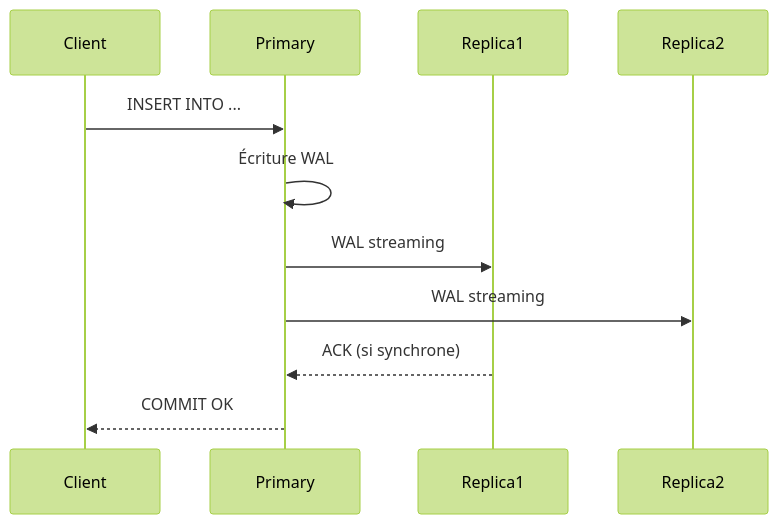
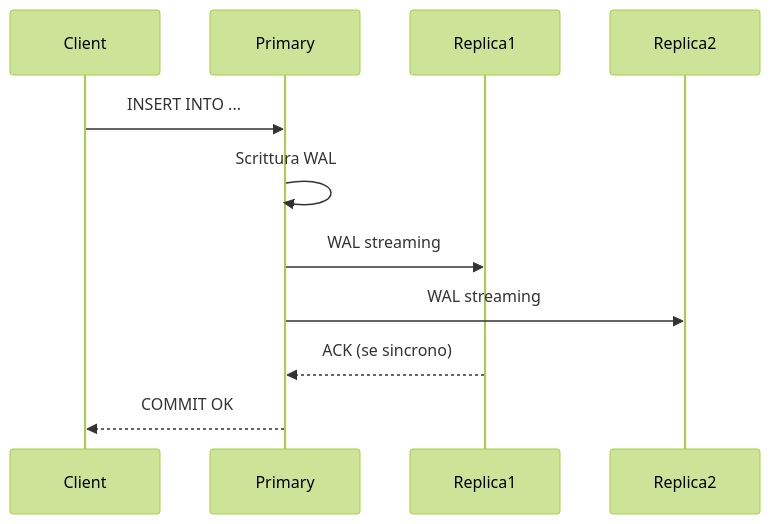
Before and after one commit to HidoraSwiss/hikube-public-doc: the second of 2 diagrams in i18n/it/docusaurus-plugin-content-docs/current/services/databases/postgresql/concepts.md, drawn with Mermaid (forest theme). The commit also changed other lines of this file and 121 other files, not shown here.

````diff
--- a/i18n/it/docusaurus-plugin-content-docs/current/services/databases/postgresql/concepts.md
+++ b/i18n/it/docusaurus-plugin-content-docs/current/services/databases/postgresql/concepts.md
@@ -81,14 +81,14 @@
 ```mermaid
 sequenceDiagram
     participant Client
     participant Primary
     participant Replica1
     participant Replica2
 
     Client->>Primary: INSERT INTO ...
-    Primary->>Primary: Écriture WAL
+    Primary->>Primary: Scrittura WAL
     Primary->>Replica1: WAL streaming
     Primary->>Replica2: WAL streaming
-    Replica1-->>Primary: ACK (si synchrone)
+    Replica1-->>Primary: ACK (se sincrono)
     Primary-->>Client: COMMIT OK
 ```
````
